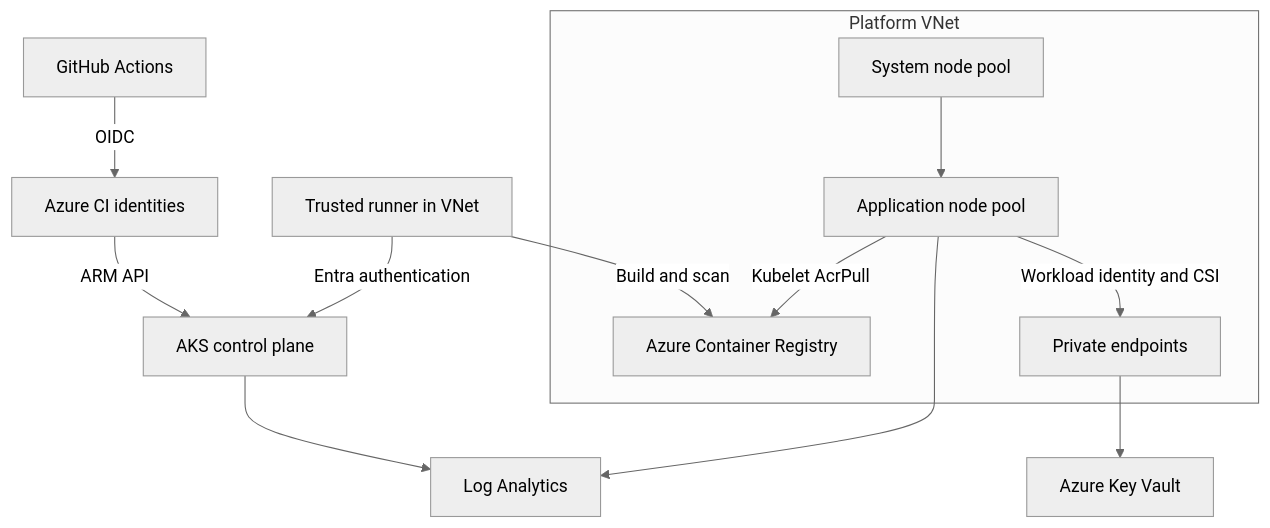
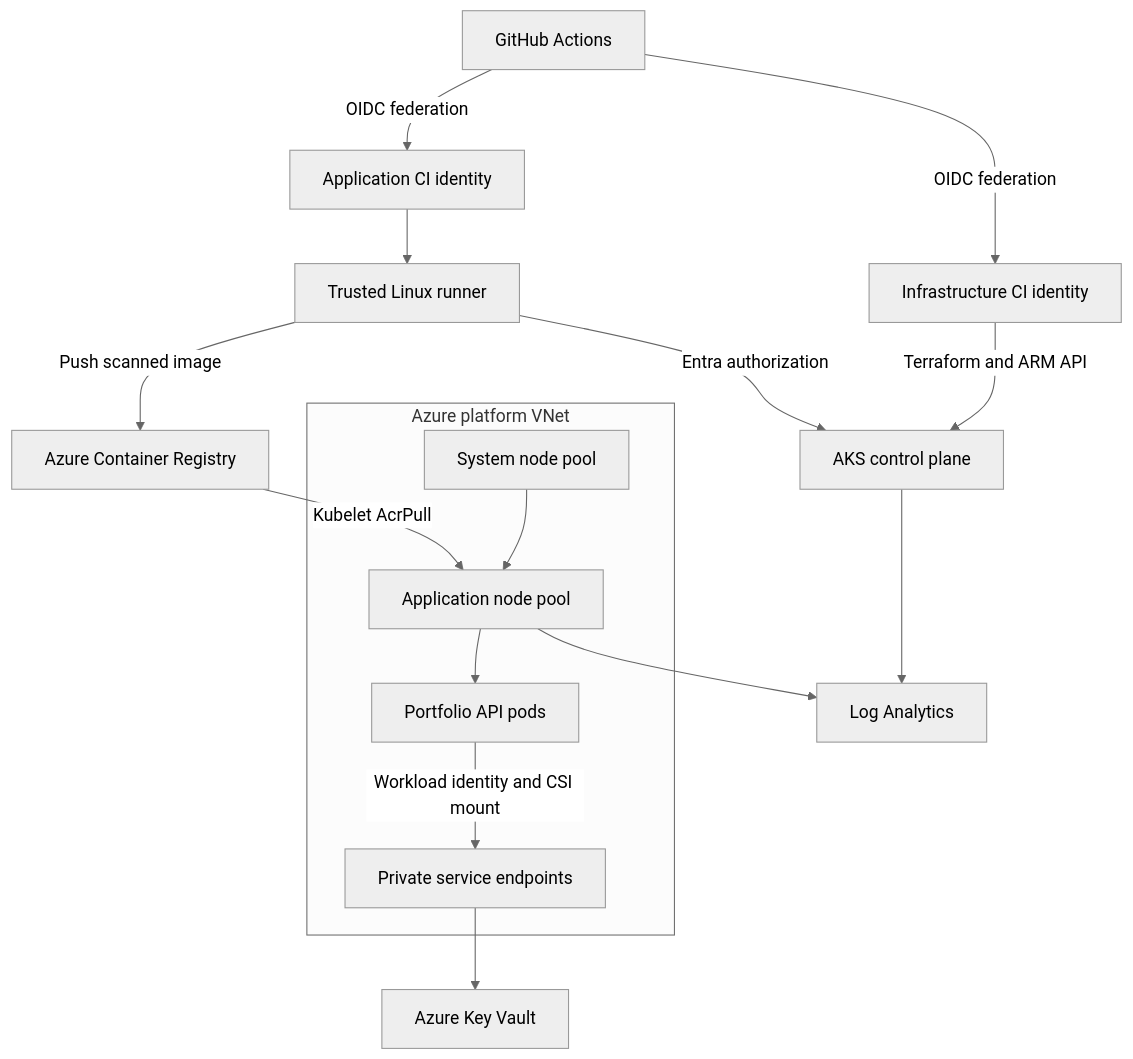
The diagram in advanced-aks/README.md (dotman01k/azure-client), drawn with Mermaid (neutral theme) before and after one commit. The commit also changed other lines of this file and 1 other file, not shown here.

Commit message:
Expand AKS README with full architecture, setup and operations guide [skip ci]

````diff
--- a/advanced-aks/README.md
+++ b/advanced-aks/README.md
@@ -27,18 +61,22 @@
 ```mermaid
 flowchart TD
-  GH[GitHub Actions] -->|OIDC| CI[Azure CI identities]
-  CI -->|ARM API| AKS[AKS control plane]
-  Runner[Trusted runner in VNet] -->|Entra authentication| AKS
-  Runner -->|Build and scan| ACR[Azure Container Registry]
-  subgraph VNet[Platform VNet]
+  GitHub[GitHub Actions] -->|OIDC federation| Infra[Infrastructure CI identity]
+  GitHub -->|OIDC federation| Release[Application CI identity]
+  Infra -->|Terraform and ARM API| Control[AKS control plane]
+  Release --> Runner[Trusted Linux runner]
+  Runner -->|Push scanned image| Registry[Azure Container Registry]
+  Runner -->|Entra authorization| Control
+  subgraph Network[Azure platform VNet]
     System[System node pool]
     Apps[Application node pool]
-    PE[Private endpoints]
+    Service[Portfolio API pods]
+    Private[Private service endpoints]
     System --> Apps
-    Apps -->|Kubelet AcrPull| ACR
-    Apps -->|Workload identity and CSI| PE
+    Apps --> Service
+    Service -->|Workload identity and CSI mount| Private
   end
-  PE --> KV[Azure Key Vault]
-  AKS --> LAW[Log Analytics]
-  Apps --> LAW
+  Registry -->|Kubelet AcrPull| Apps
+  Private --> Vault[Azure Key Vault]
+  Control --> Logs[Log Analytics]
+  Apps --> Logs
 ```
````
